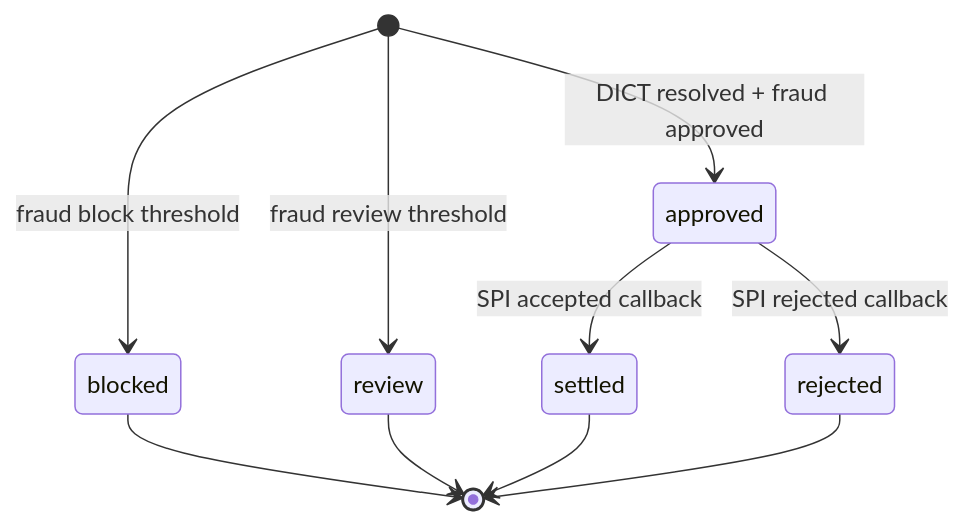
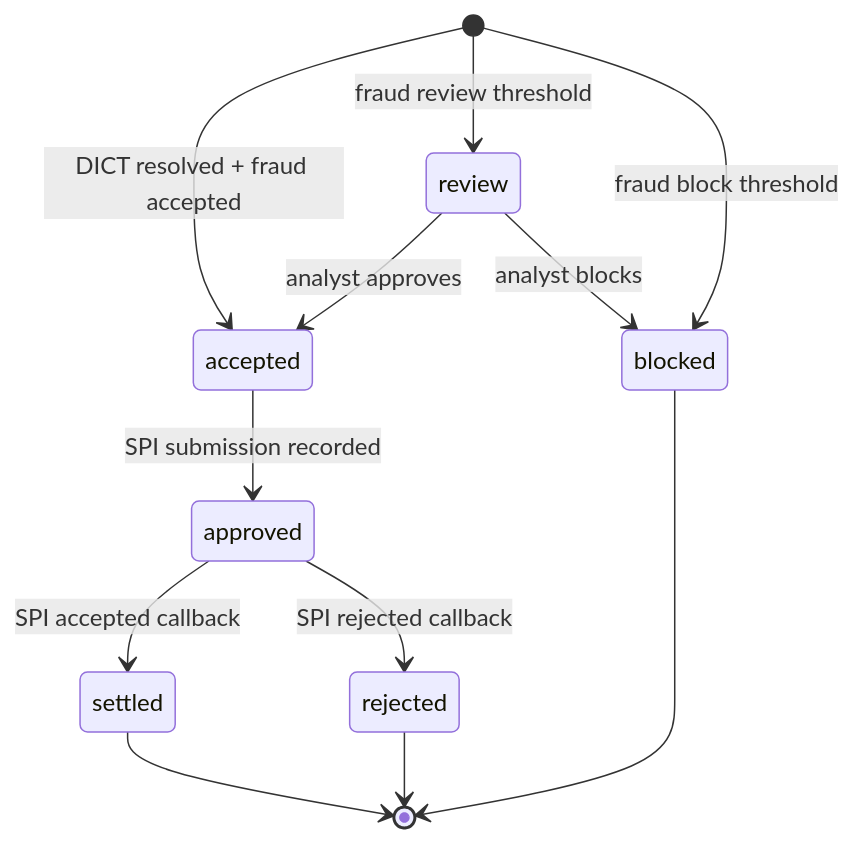
The diagram in docs/domain/state-machines.md (Defyland/pixrail-go-payment-switch), drawn with Mermaid before and after one commit. The commit also changed other lines of this file and 39 other files, not shown here.

````diff
--- a/docs/domain/state-machines.md
+++ b/docs/domain/state-machines.md
@@ -5,12 +5,14 @@
 ```mermaid
 stateDiagram-v2
-  [*] --> approved: DICT resolved + fraud approved
+  [*] --> accepted: DICT resolved + fraud accepted
   [*] --> review: fraud review threshold
   [*] --> blocked: fraud block threshold
+  review --> accepted: analyst approves
+  review --> blocked: analyst blocks
+  accepted --> approved: SPI submission recorded
   approved --> settled: SPI accepted callback
   approved --> rejected: SPI rejected callback
   blocked --> [*]
-  review --> [*]
   settled --> [*]
   rejected --> [*]
 ```
````
